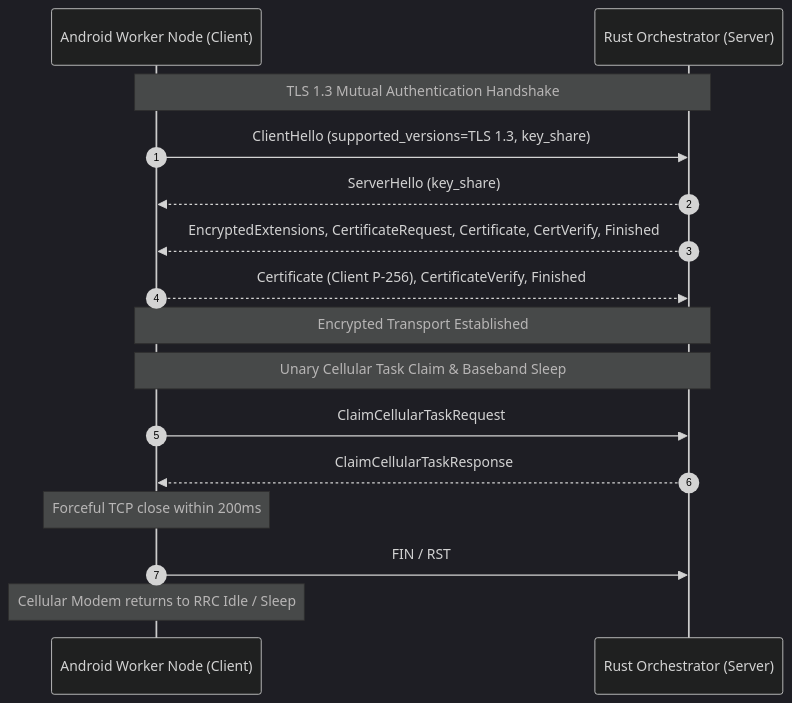
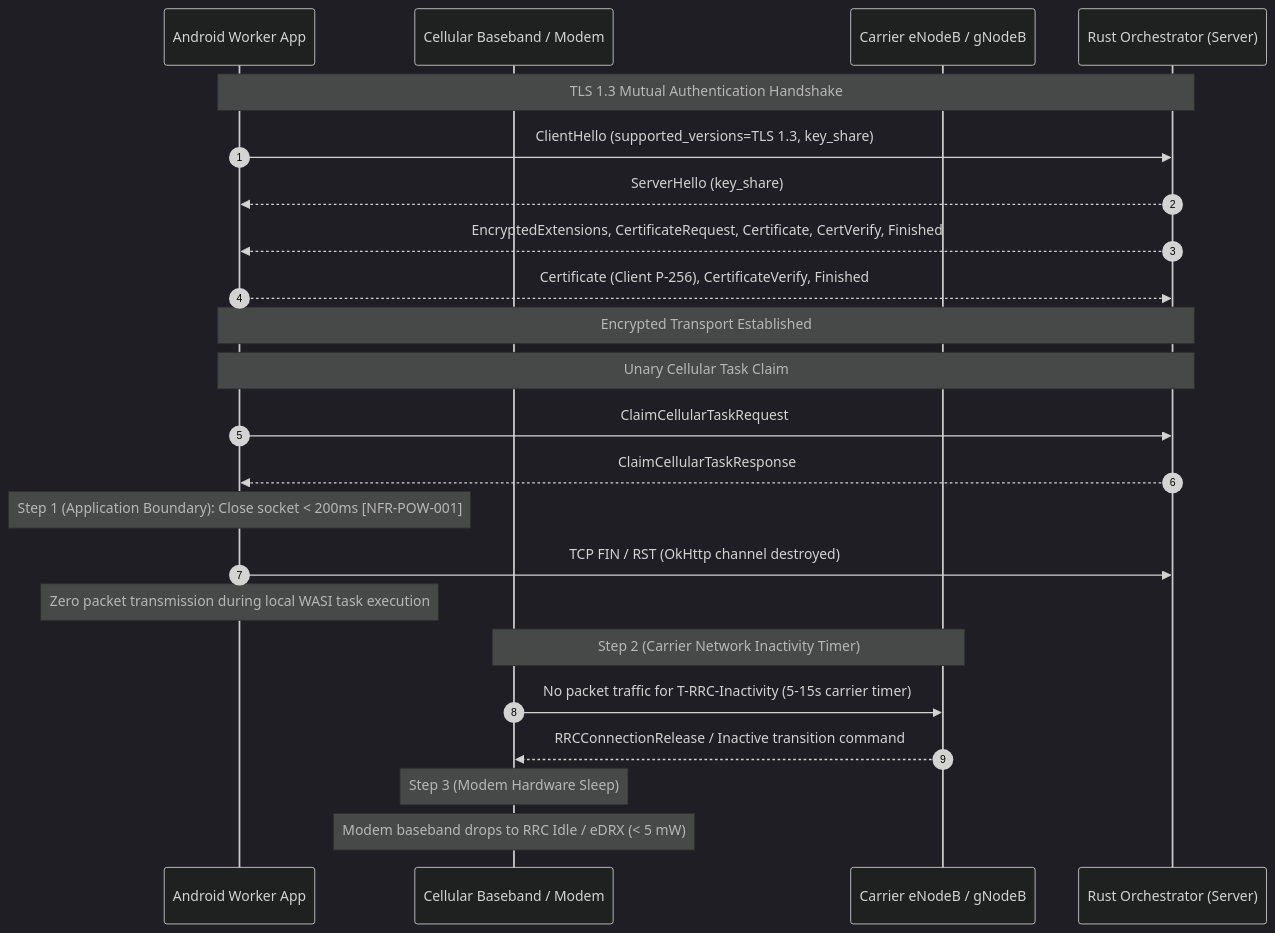
Before and after one commit to MrQuality/androgrid-backend: the diagram in docs/src/security/architecture.md, drawn with Mermaid (dark theme). The commit also changed other lines of this file and 2 other files, not shown here.

Commit message:
fix(docs): correct attempt fencing sequence, rrc timing boundaries, and ingress tls topology (#24)

````diff
--- a/docs/src/security/architecture.md
+++ b/docs/src/security/architecture.md
@@ -19,20 +19,30 @@
 ```mermaid
 sequenceDiagram
     autonumber
-    participant Client as Android Worker Node (Client)
+    participant App as Android Worker App
+    participant Modem as Cellular Baseband / Modem
+    participant Carrier as Carrier eNodeB / gNodeB
     participant Server as Rust Orchestrator (Server)
 
-    Note over Client,Server: TLS 1.3 Mutual Authentication Handshake
-    Client->>Server: ClientHello (supported_versions=TLS 1.3, key_share)
-    Server-->>Client: ServerHello (key_share)
-    Server-->>Client: EncryptedExtensions, CertificateRequest, Certificate, CertVerify, Finished
-    Client-->>Server: Certificate (Client P-256), CertificateVerify, Finished
-    Note over Client,Server: Encrypted Transport Established
+    Note over App,Server: TLS 1.3 Mutual Authentication Handshake
+    App->>Server: ClientHello (supported_versions=TLS 1.3, key_share)
+    Server-->>App: ServerHello (key_share)
+    Server-->>App: EncryptedExtensions, CertificateRequest, Certificate, CertVerify, Finished
+    App-->>Server: Certificate (Client P-256), CertificateVerify, Finished
+    Note over App,Server: Encrypted Transport Established
 
-    Note over Client,Server: Unary Cellular Task Claim & Baseband Sleep
-    Client->>Server: ClaimCellularTaskRequest
-    Server-->>Client: ClaimCellularTaskResponse
-    Note over Client: Forceful TCP close within 200ms
-    Client->>Server: FIN / RST
-    Note over Client: Cellular Modem returns to RRC Idle / Sleep
+    Note over App,Server: Unary Cellular Task Claim
+    App->>Server: ClaimCellularTaskRequest
+    Server-->>App: ClaimCellularTaskResponse
+
+    Note over App: Step 1 (Application Boundary): Close socket < 200ms [NFR-POW-001]
+    App->>Server: TCP FIN / RST (OkHttp channel destroyed)
+    Note over App: Zero packet transmission during local WASI task execution
+
+    Note over Modem,Carrier: Step 2 (Carrier Network Inactivity Timer)
+    Modem->>Carrier: No packet traffic for T-RRC-Inactivity (5-15s carrier timer)
+    Carrier-->>Modem: RRCConnectionRelease / Inactive transition command
+
+    Note over Modem: Step 3 (Modem Hardware Sleep)
+    Note over Modem: Modem baseband drops to RRC Idle / eDRX (< 5 mW)
 ```
````
